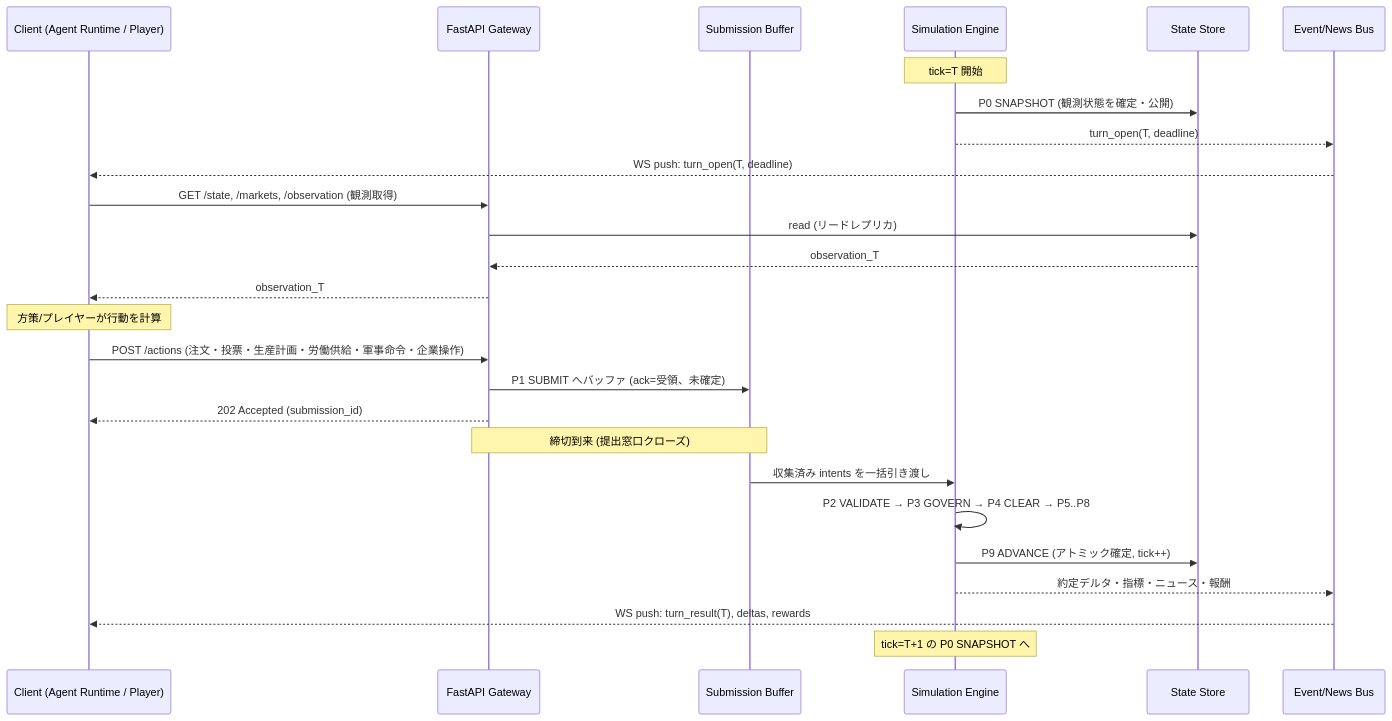
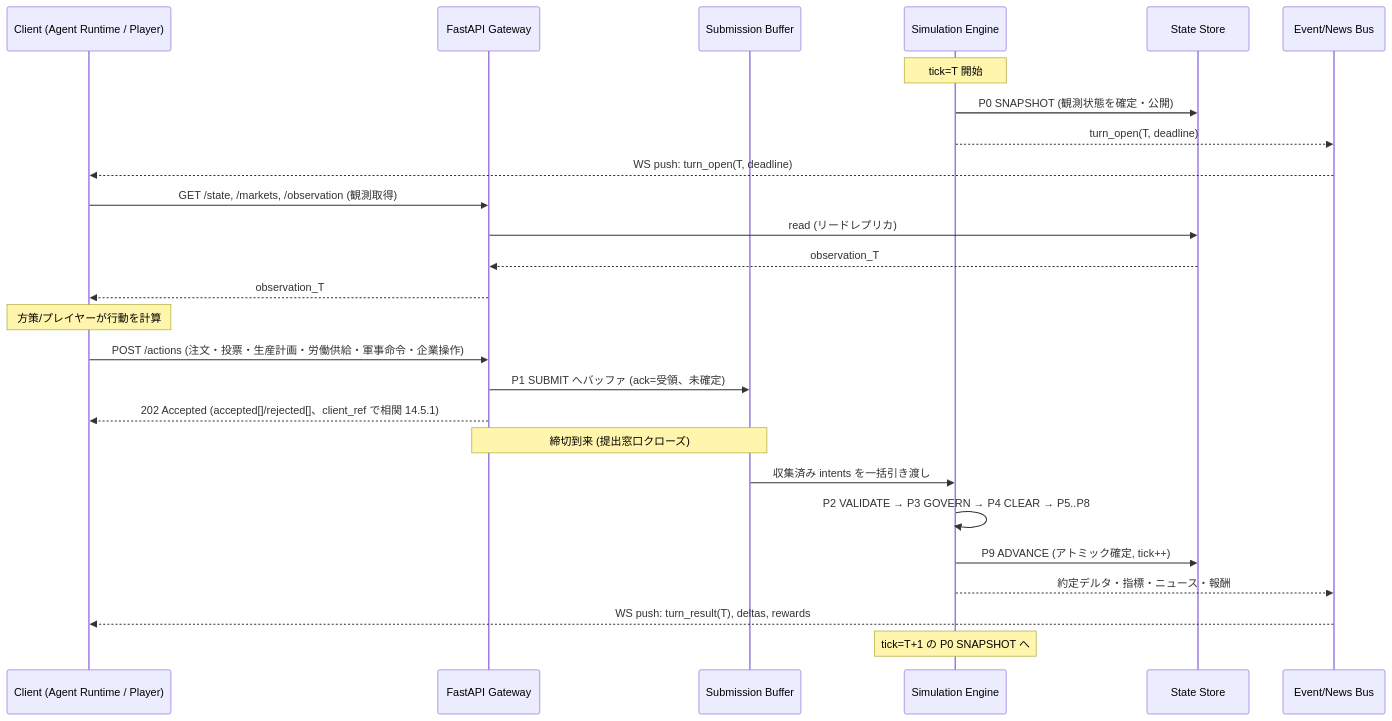
The third of 5 diagrams in doc/02-architecture.md (h4ribote/FinBox), drawn with Mermaid before and after one commit. The commit also changed 5 other files, not shown here.

````diff
--- a/doc/02-architecture.md
+++ b/doc/02-architecture.md
@@ -85,29 +85,29 @@
 ```mermaid
 sequenceDiagram
   participant C as Client (Agent Runtime / Player)
   participant GW as FastAPI Gateway
   participant SB as Submission Buffer
   participant EN as Simulation Engine
   participant SS as State Store
   participant EB as Event/News Bus
 
   Note over EN: tick=T 開始
   EN->>SS: P0 SNAPSHOT (観測状態を確定・公開)
   EN-->>EB: turn_open(T, deadline)
   EB-->>C: WS push: turn_open(T, deadline)
   C->>GW: GET /state, /markets, /observation (観測取得)
   GW->>SS: read (リードレプリカ)
   SS-->>GW: observation_T
   GW-->>C: observation_T
   Note over C: 方策/プレイヤーが行動を計算
   C->>GW: POST /actions (注文・投票・生産計画・労働供給・軍事命令・企業操作)
   GW->>SB: P1 SUBMIT へバッファ (ack=受領、未確定)
-  GW-->>C: 202 Accepted (submission_id)
+  GW-->>C: 202 Accepted (accepted[]/rejected[]、client_ref で相関 14.5.1)
   Note over GW,SB: 締切到来 (提出窓口クローズ)
   SB->>EN: 収集済み intents を一括引き渡し
   EN->>EN: P2 VALIDATE → P3 GOVERN → P4 CLEAR → P5..P8
   EN->>SS: P9 ADVANCE (アトミック確定, tick++)
   EN-->>EB: 約定デルタ・指標・ニュース・報酬
   EB-->>C: WS push: turn_result(T), deltas, rewards
   Note over EN: tick=T+1 の P0 SNAPSHOT へ
 ```
````
